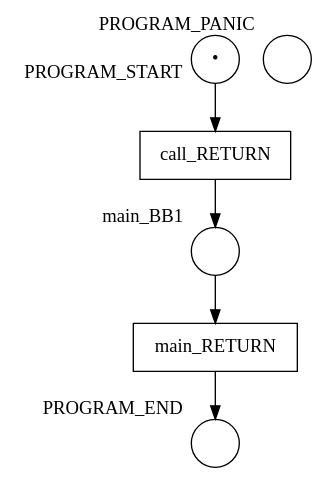
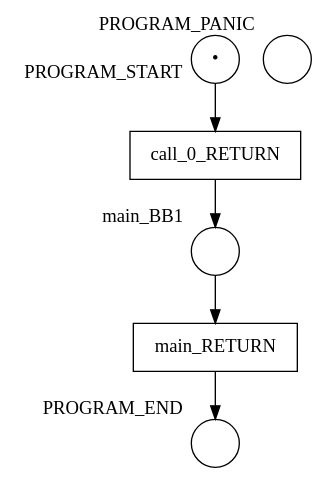
One commit to hlisdero/cargo-check-deadlock changed the diagram in examples/results/function_call/empty_function/net.dot. Above: the diagram before and after it, drawn with Graphviz. The commit also changed 10 other files, not shown here.

```diff
--- a/examples/results/function_call/empty_function/net.dot
+++ b/examples/results/function_call/empty_function/net.dot
@@ -1,12 +1,12 @@
 digraph petrinet {
     PROGRAM_END [shape="circle" xlabel="PROGRAM_END" label=""];
     PROGRAM_PANIC [shape="circle" xlabel="PROGRAM_PANIC" label=""];
     PROGRAM_START [shape="circle" xlabel="PROGRAM_START" label="•"];
     main_BB1 [shape="circle" xlabel="main_BB1" label=""];
-    call_RETURN [shape="box" xlabel="" label="call_RETURN"];
+    call_0_RETURN [shape="box" xlabel="" label="call_0_RETURN"];
     main_RETURN [shape="box" xlabel="" label="main_RETURN"];
-    PROGRAM_START -> call_RETURN;
+    PROGRAM_START -> call_0_RETURN;
     main_BB1 -> main_RETURN;
-    call_RETURN -> main_BB1;
+    call_0_RETURN -> main_BB1;
     main_RETURN -> PROGRAM_END;
 }
```
